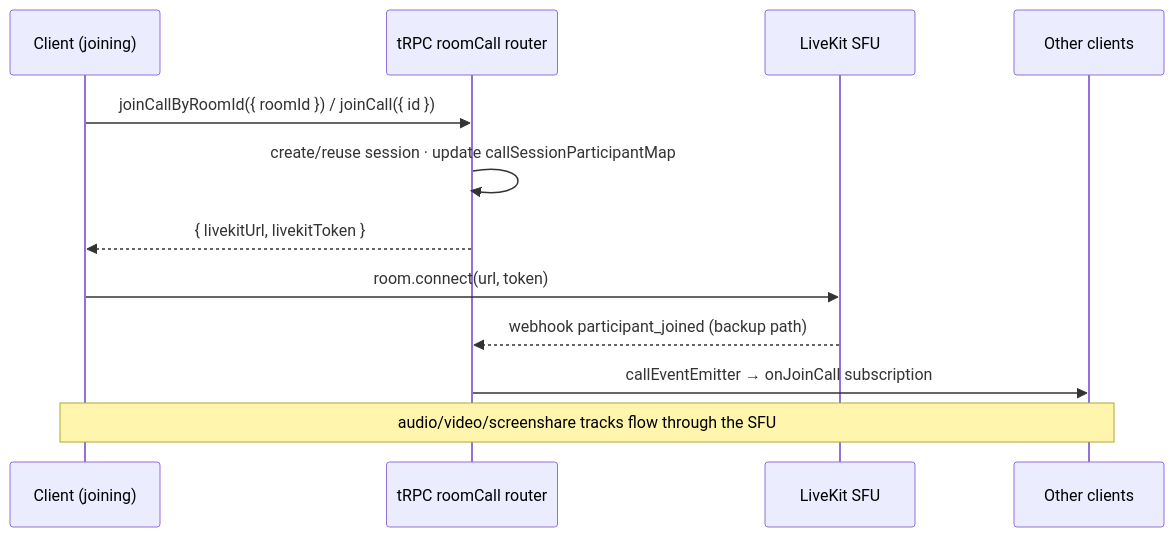
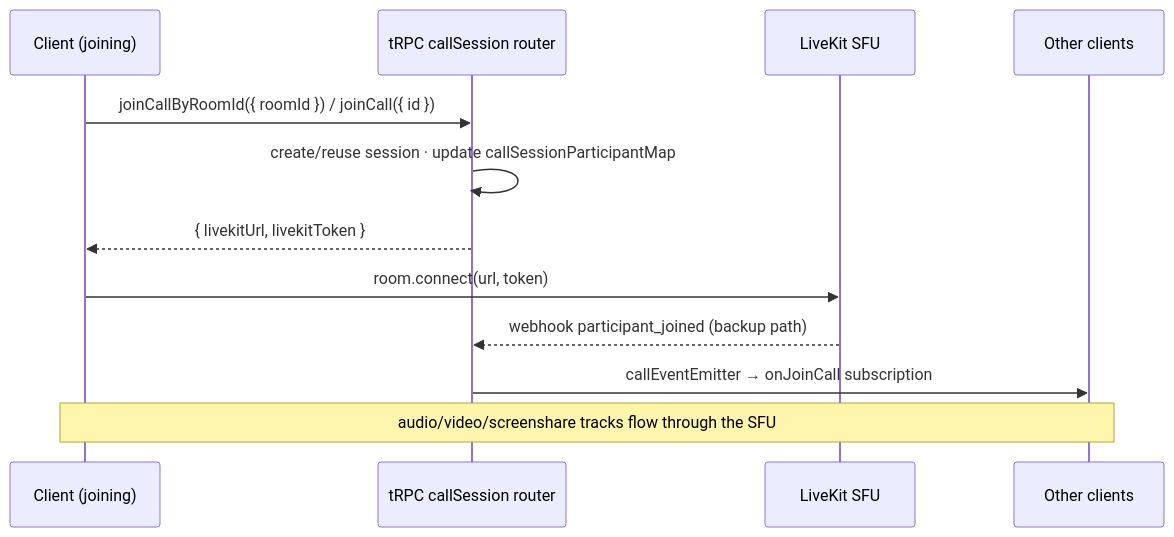
The diagram in packages/app/content/docs/esbabbler/calls/index.md (Esposter/Esposter), drawn with Mermaid before and after one commit. The commit also changed other lines of this file and 160 other files, not shown here.

````diff
--- a/packages/app/content/docs/esbabbler/calls/index.md
+++ b/packages/app/content/docs/esbabbler/calls/index.md
@@ -37,15 +37,15 @@
 ```mermaid
 sequenceDiagram
     participant A as Client (joining)
-    participant T as tRPC roomCall router
+    participant T as tRPC callSession router
     participant LK as LiveKit SFU
     participant B as Other clients
 
     A->>T: joinCallByRoomId({ roomId }) / joinCall({ id })
     T->>T: create/reuse session · update callSessionParticipantMap
     T-->>A: { livekitUrl, livekitToken }
     A->>LK: room.connect(url, token)
     LK-->>T: webhook participant_joined (backup path)
     T->>B: callEventEmitter → onJoinCall subscription
     Note over A,B: audio/video/screenshare tracks flow through the SFU
 ```
````
